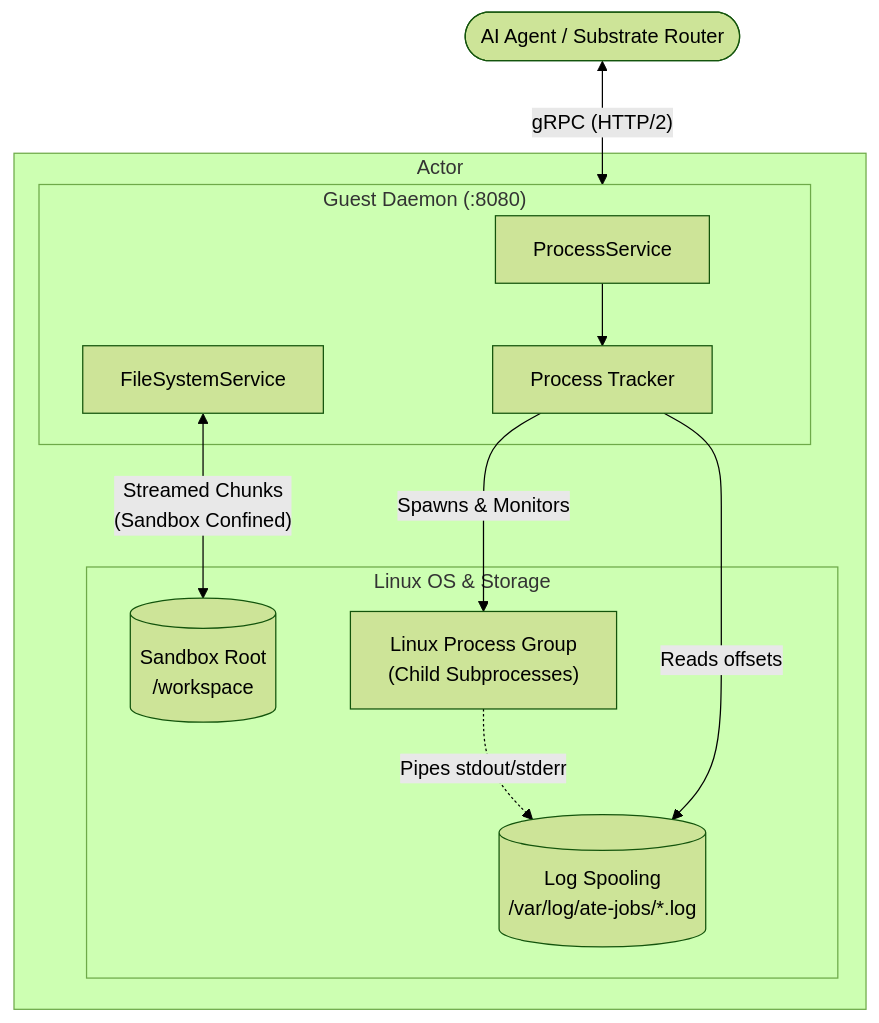
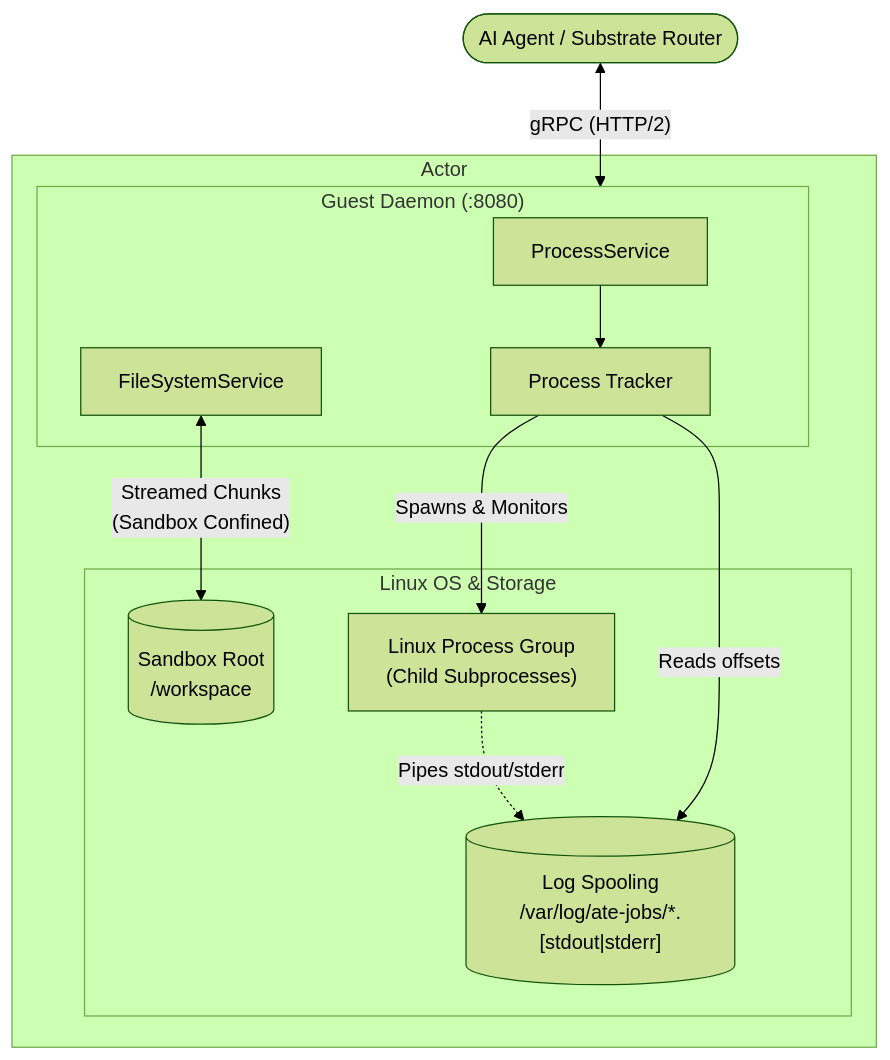
Before and after one commit to agent-substrate/env: the diagram in examples/guest-daemon/README.md, drawn with Mermaid (forest theme). The commit also changed other lines of this file and 11 other files, not shown here.

````diff
--- a/examples/guest-daemon/README.md
+++ b/examples/guest-daemon/README.md
@@ -11,27 +11,27 @@
 ```mermaid
 flowchart TD
     Client(["AI Agent / Substrate Router"])
 
     subgraph Container["Actor"]
         subgraph GuestDaemon["Guest Daemon (:8080)"]
             ProcSvc["ProcessService"]
             FSSvc["FileSystemService"]
             Tracker["Process Tracker<br/>"]
             
             ProcSvc --> Tracker
         end
 
         subgraph OS["Linux OS & Storage"]
             ProcTree["Linux Process Group<br/>(Child Subprocesses)"]
-            LogDir[("Log Spooling<br/>/var/log/ate-jobs/*.log")]
+            LogDir[("Log Spooling<br/>/var/log/ate-jobs/*.[stdout|stderr]")]
             Workspace[("Sandbox Root<br/>/workspace")]
         end
 
         Tracker -->|"Spawns & Monitors"| ProcTree
         ProcTree -.->|"Pipes stdout/stderr"| LogDir
         Tracker -->|"Reads offsets"| LogDir
         FSSvc <-->|"Streamed Chunks<br/>(Sandbox Confined)"| Workspace
     end
 
     Client <-->|"gRPC (HTTP/2)"| GuestDaemon
 ```
````
